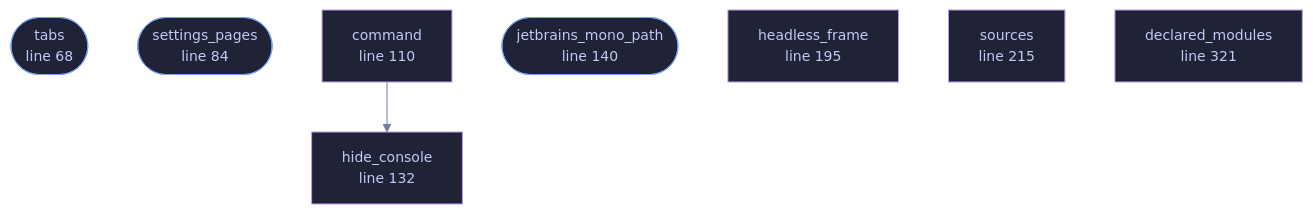
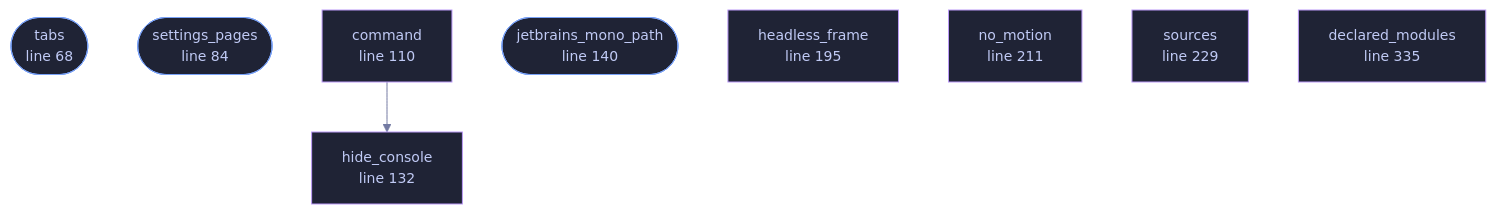
The diagram in docs/files/veilvoice-gui/lib.md (tilas01/veilvoice), drawn with Mermaid before and after one commit. The commit also changed other lines of this file and 92 other files, not shown here.

````diff
--- a/docs/files/veilvoice-gui/lib.md
+++ b/docs/files/veilvoice-gui/lib.md
@@ -106,27 +106,29 @@
 ```mermaid
 %%{init: {"theme":"base","themeVariables":{"background":"#1a1b26","primaryColor":"#1f2335","primaryTextColor":"#c0caf5","primaryBorderColor":"#7aa2f7","secondaryColor":"#16161e","tertiaryColor":"#16161e","lineColor":"#737aa2","textColor":"#c0caf5","mainBkg":"#1f2335","nodeBorder":"#7aa2f7","clusterBkg":"#16161e","clusterBorder":"#2f3549","fontFamily":"ui-monospace, SFMono-Regular, Consolas, monospace","fontSize":"14px"}}}%%
 flowchart TD
     n_tabs(["tabs<br/>line 68"])
     n_settings_pages(["settings_pages<br/>line 84"])
     n_command["command<br/>line 110"]
     n_hide_console["hide_console<br/>line 122"]
     n_hide_console["hide_console<br/>line 132"]
     n_jetbrains_mono_path(["jetbrains_mono_path<br/>line 140"])
     n_headless_frame["headless_frame<br/>line 195"]
-    n_sources["sources<br/>line 215"]
-    n_declared_modules["declared_modules<br/>line 321"]
+    n_no_motion["no_motion<br/>line 211"]
+    n_sources["sources<br/>line 229"]
+    n_declared_modules["declared_modules<br/>line 335"]
     n_command --> n_hide_console
     click n_tabs href "https://github.com/tilas01/veilvoice/blob/main/crates/veilvoice-gui/src/lib.rs#L68" "open the source"
     click n_settings_pages href "https://github.com/tilas01/veilvoice/blob/main/crates/veilvoice-gui/src/lib.rs#L84" "open the source"
     click n_command href "https://github.com/tilas01/veilvoice/blob/main/crates/veilvoice-gui/src/lib.rs#L110" "open the source"
     click n_hide_console href "https://github.com/tilas01/veilvoice/blob/main/crates/veilvoice-gui/src/lib.rs#L122" "open the source"
     click n_hide_console href "https://github.com/tilas01/veilvoice/blob/main/crates/veilvoice-gui/src/lib.rs#L132" "open the source"
     click n_jetbrains_mono_path href "https://github.com/tilas01/veilvoice/blob/main/crates/veilvoice-gui/src/lib.rs#L140" "open the source"
     click n_headless_frame href "https://github.com/tilas01/veilvoice/blob/main/crates/veilvoice-gui/src/lib.rs#L195" "open the source"
-    click n_sources href "https://github.com/tilas01/veilvoice/blob/main/crates/veilvoice-gui/src/lib.rs#L215" "open the source"
-    click n_declared_modules href "https://github.com/tilas01/veilvoice/blob/main/crates/veilvoice-gui/src/lib.rs#L321" "open the source"
+    click n_no_motion href "https://github.com/tilas01/veilvoice/blob/main/crates/veilvoice-gui/src/lib.rs#L211" "open the source"
+    click n_sources href "https://github.com/tilas01/veilvoice/blob/main/crates/veilvoice-gui/src/lib.rs#L229" "open the source"
+    click n_declared_modules href "https://github.com/tilas01/veilvoice/blob/main/crates/veilvoice-gui/src/lib.rs#L335" "open the source"
     classDef entry fill:#1f2335,stroke:#7aa2f7,color:#c0caf5
     class n_tabs,n_settings_pages,n_jetbrains_mono_path entry
     classDef helper fill:#1f2335,stroke:#bb9af7,color:#c0caf5
-    class n_command,n_hide_console,n_hide_console,n_headless_frame,n_sources,n_declared_modules helper
+    class n_command,n_hide_console,n_hide_console,n_headless_frame,n_no_motion,n_sources,n_declared_modules helper
 ```
````
